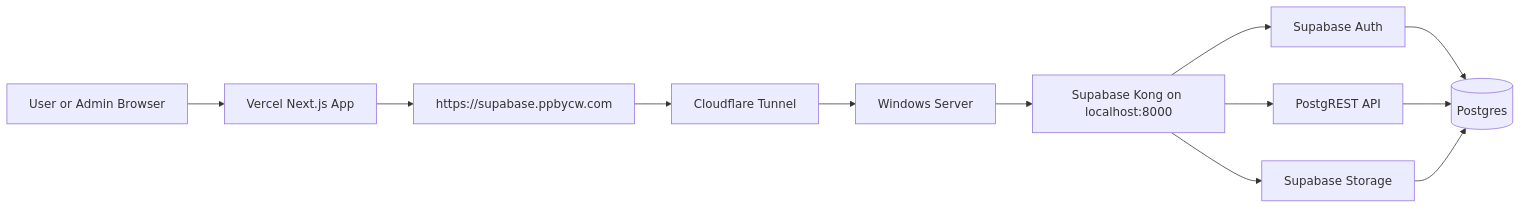
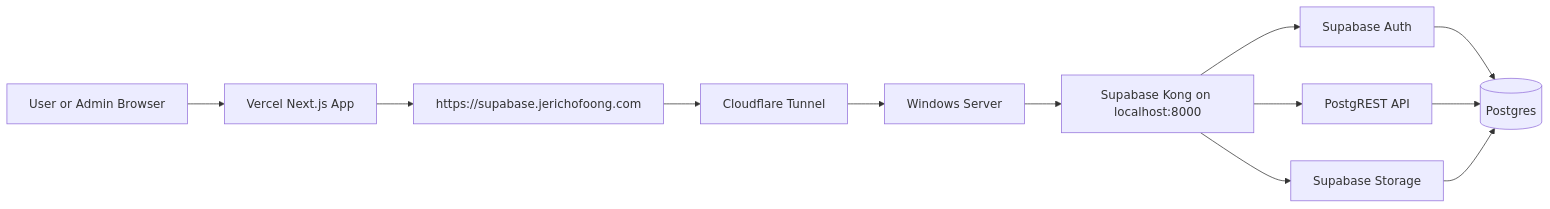
Before and after one commit to jericho0521/reservation-app: the diagram in docs/supabase/SERVER_SUPABASE_HOSTING_GUIDE.md, drawn with Mermaid. The commit also changed other lines of this file and 9 other files, not shown here.

````diff
--- a/docs/supabase/SERVER_SUPABASE_HOSTING_GUIDE.md
+++ b/docs/supabase/SERVER_SUPABASE_HOSTING_GUIDE.md
@@ -502,14 +502,14 @@
 ```mermaid
 flowchart LR
     User[User or Admin Browser] --> Vercel[Vercel Next.js App]
-    Vercel --> SupabaseUrl[https://supabase.ppbycw.com]
+    Vercel --> SupabaseUrl[https://supabase.jerichofoong.com]
     SupabaseUrl --> Cloudflare[Cloudflare Tunnel]
     Cloudflare --> Server[Windows Server]
     Server --> Kong[Supabase Kong on localhost:8000]
     Kong --> Auth[Supabase Auth]
     Kong --> Rest[PostgREST API]
     Kong --> Storage[Supabase Storage]
     Auth --> DB[(Postgres)]
     Rest --> DB
     Storage --> DB
 ```
````
